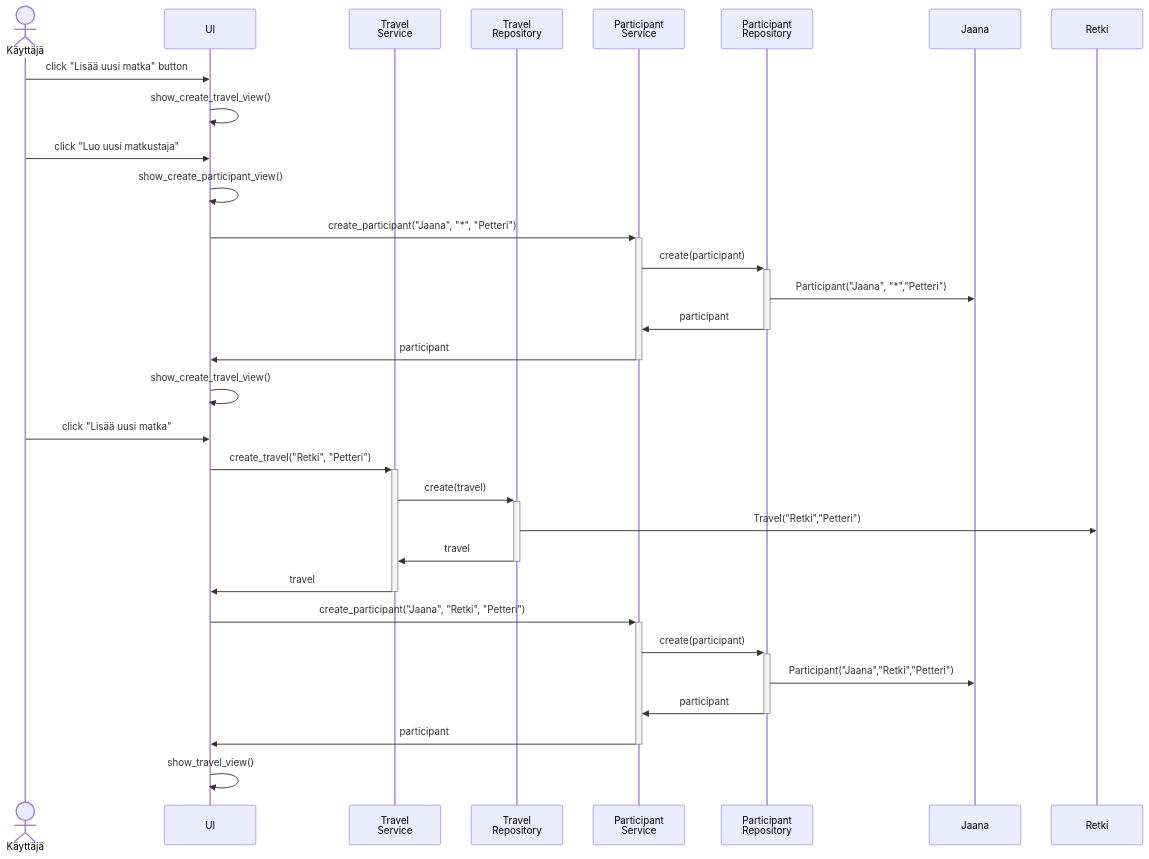
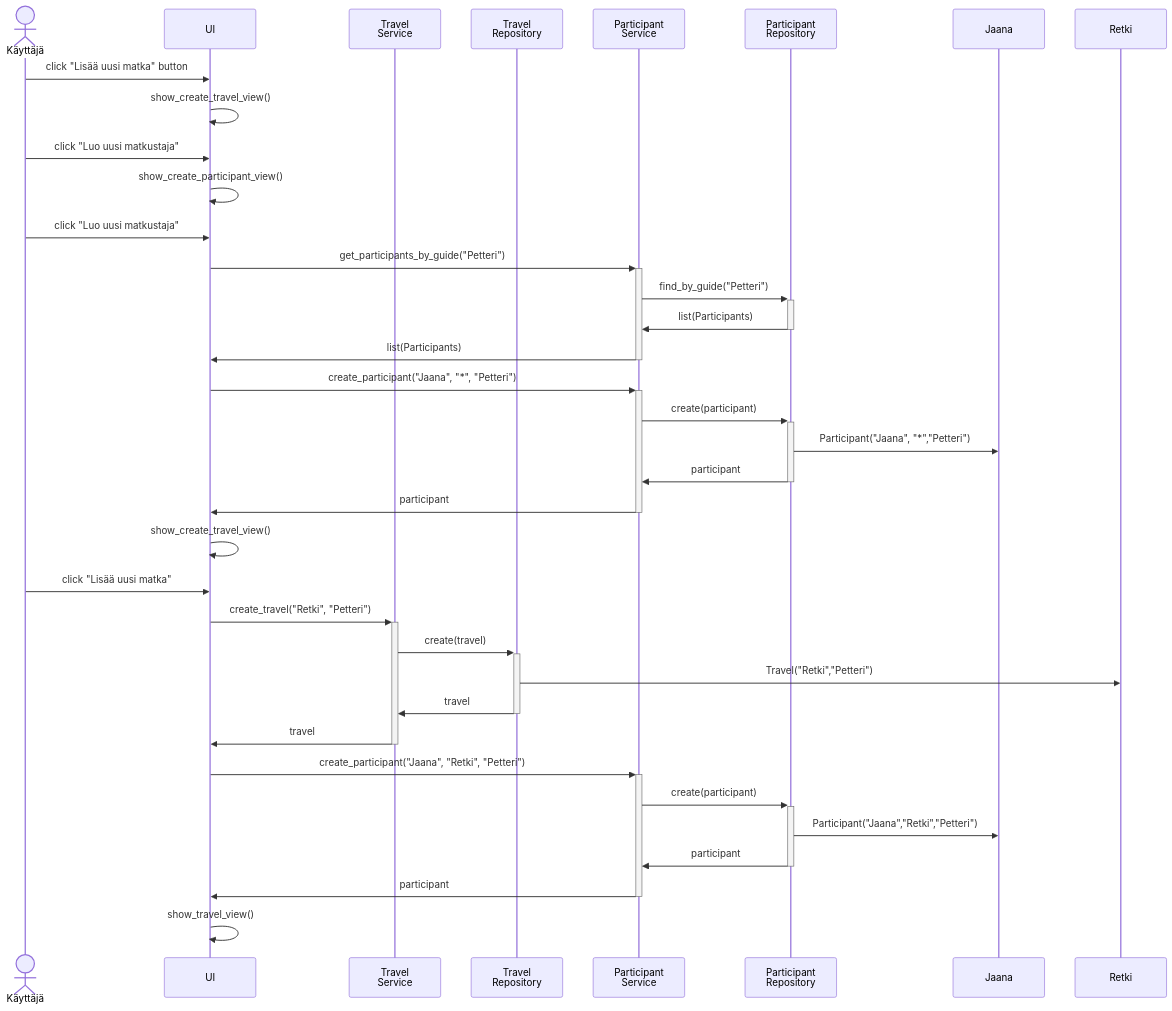
The third of 3 diagrams in travel-expense-calculator-app/dokumentaatio/arkkitehtuuri.md (phuvio/ot-harjoitustyo), drawn with Mermaid before and after one commit.

````diff
--- a/travel-expense-calculator-app/dokumentaatio/arkkitehtuuri.md
+++ b/travel-expense-calculator-app/dokumentaatio/arkkitehtuuri.md
@@ -71,34 +71,39 @@
 ```mermaid
  sequenceDiagram
    Actor K as Käyttäjä
    participant U as UI
    participant T as Travel <br> Service
    participant TR as Travel <br> Repository
    participant P as Participant <br> Service
    participant PR as Participant <br> Repository
    participant J as Jaana
    participant M as Retki
    K->>U: click "Lisää uusi matka" button
    U->>U: show_create_travel_view()
    K->>U: click "Luo uusi matkustaja"
    U->>U: show_create_participant_view()
+   K->>U: click "Luo uusi matkustaja"
+   U->>+P: get_participants_by_guide("Petteri")
+   P->>+PR: find_by_guide("Petteri")
+   PR->>-P: list(Participants)
+   P->>-U: list(Participants)
    U->>+P: create_participant("Jaana", "*", "Petteri")
    P->>+PR: create(participant)
    PR->>J: Participant("Jaana", "*","Petteri")
    PR->>-P: participant
    P->>-U: participant
    U->>U: show_create_travel_view()
    K->>U: click "Lisää uusi matka"
    U->>+T: create_travel("Retki", "Petteri")
    T->>+TR: create(travel)
    TR->>M: Travel("Retki","Petteri")
    TR->>-T: travel
    T->>-U: travel
    U->>+P: create_participant("Jaana", "Retki", "Petteri")
    P->>+PR: create(participant)
    PR->>J: Participant("Jaana","Retki","Petteri")
    PR->>-P: participant
    P->>-U: participant
    U->>U: show_travel_view()
 
 ```
````
